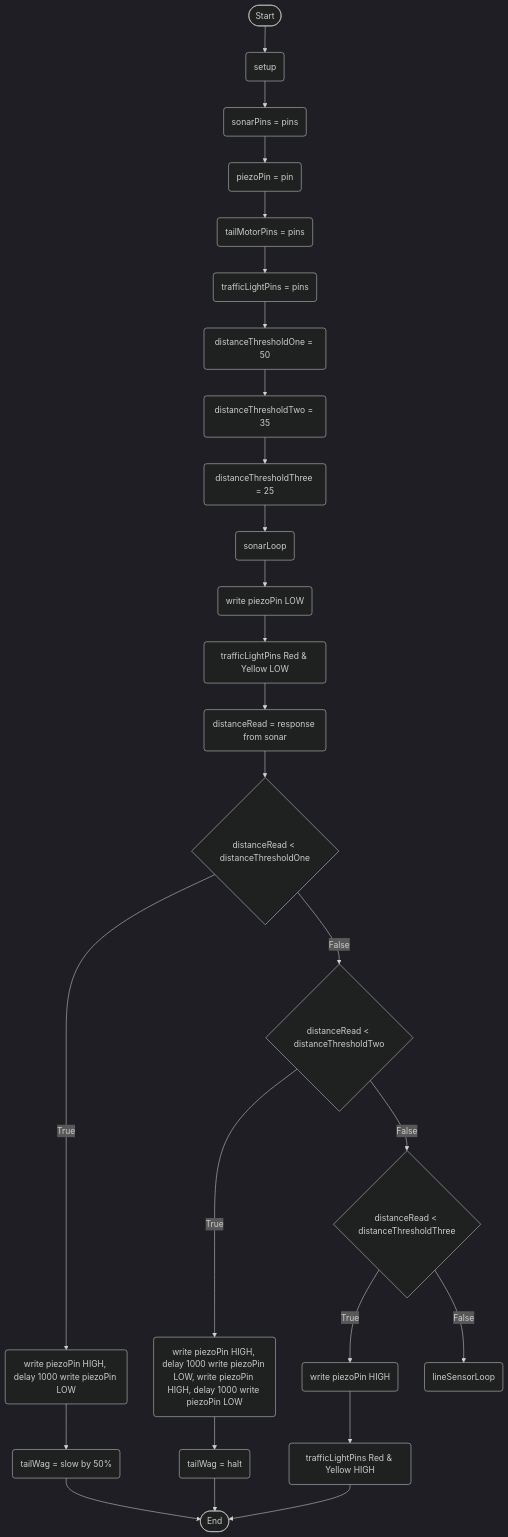
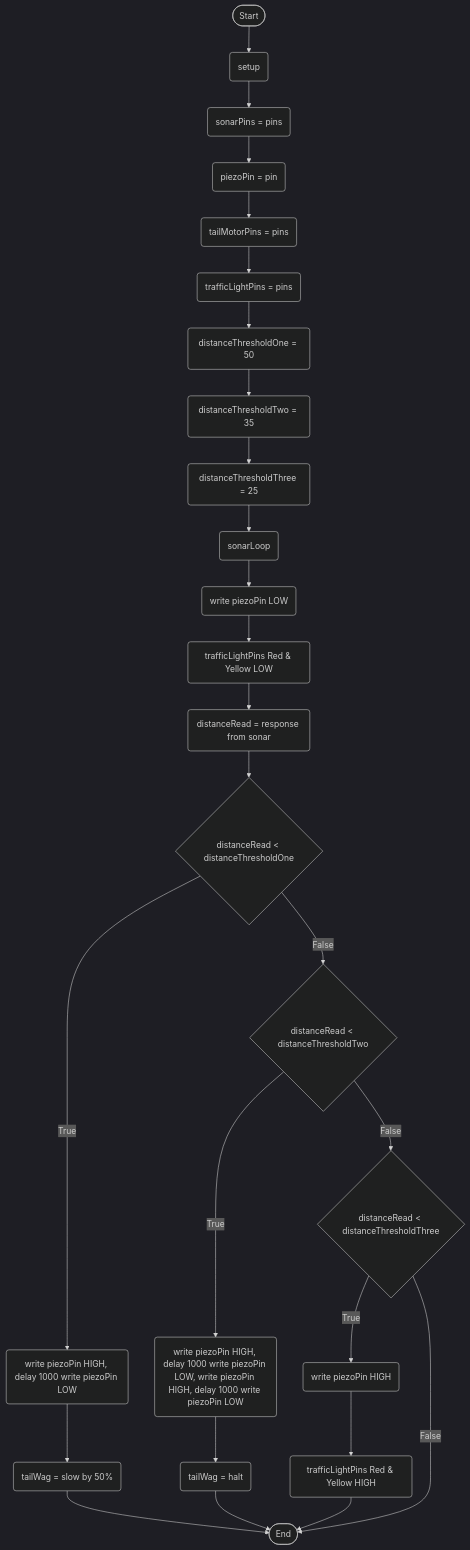
The first of 2 diagrams in logic.md (Deltace05/SmartDog), drawn with Mermaid (dark theme) before and after one commit. The commit also changed other lines of this file, not shown here.

````diff
--- a/logic.md
+++ b/logic.md
@@ -1,54 +1,53 @@
 ```mermaid
 flowchart TD
 terminalStart([Start])
 terminalEnd([End])
 setupStart(setup)
 setSonarRead(sonarPins = pins)
 setPiezoPin(piezoPin = pin)
 setTail(tailMotorPins = pins)
 setLight(trafficLightPins = pins)
 thresholdSetOne(distanceThresholdOne = 50)
 thresholdSetTwo(distanceThresholdTwo = 35)
 thresholdSetThree(distanceThresholdThree = 25)
 currentDistanceReading(distanceRead = response from sonar)
 ifDistanceLessThanThresholdOne{distanceRead < distanceThresholdOne}
 ifDistanceLessThanThresholdTwo{distanceRead < distanceThresholdTwo}
 ifDistanceLessThanThresholdThree{distanceRead < distanceThresholdThree}
 piezoOneBuzz(write piezoPin HIGH, delay 1000 write piezoPin LOW)
 piezoTwoBuzz(write piezoPin HIGH, delay 1000 write piezoPin LOW, write piezoPin HIGH, delay 1000 write piezoPin LOW)
 piezoConstant(write piezoPin HIGH)
 sonarLightAlarm(trafficLightPins Red & Yellow HIGH)
 sonarLightAlarmReset(trafficLightPins Red & Yellow LOW)
 piezoReset(write piezoPin LOW)
 tailSlow(tailWag = slow by 50%)
 tailStop(tailWag = halt)
 sonarStart(sonarLoop)
-lineSensorStart(lineSensorLoop)
 
 terminalStart --> setupStart
 setupStart --> setSonarRead
 setSonarRead --> setPiezoPin
 setPiezoPin --> setTail
 setTail --> setLight
 setLight --> thresholdSetOne
 thresholdSetOne --> thresholdSetTwo
 thresholdSetTwo --> thresholdSetThree
 thresholdSetThree --> sonarStart
 
 sonarStart --> piezoReset
 piezoReset --> sonarLightAlarmReset
 sonarLightAlarmReset --> currentDistanceReading
 currentDistanceReading --> ifDistanceLessThanThresholdOne
 ifDistanceLessThanThresholdOne --> |True| piezoOneBuzz
 piezoOneBuzz --> tailSlow
 tailSlow --> terminalEnd
 ifDistanceLessThanThresholdOne --> |False| ifDistanceLessThanThresholdTwo
 ifDistanceLessThanThresholdTwo --> |True| piezoTwoBuzz
 piezoTwoBuzz --> tailStop
 tailStop --> terminalEnd
 ifDistanceLessThanThresholdTwo --> |False| ifDistanceLessThanThresholdThree
 ifDistanceLessThanThresholdThree --> |True| piezoConstant
 piezoConstant --> sonarLightAlarm
 sonarLightAlarm --> terminalEnd
-ifDistanceLessThanThresholdThree --> |False| lineSensorStart
+ifDistanceLessThanThresholdThree --> |False| terminalEnd
 ```
````
